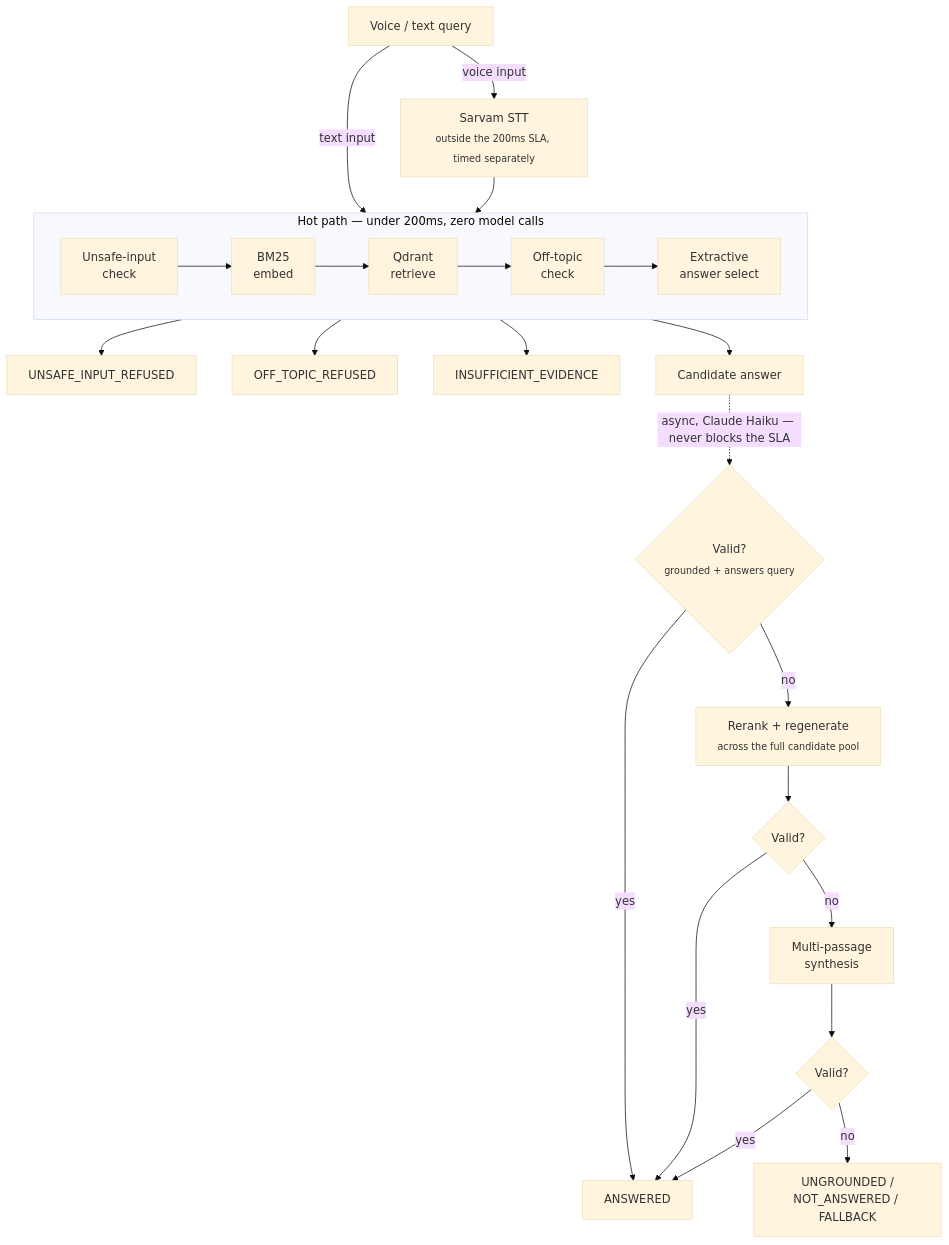
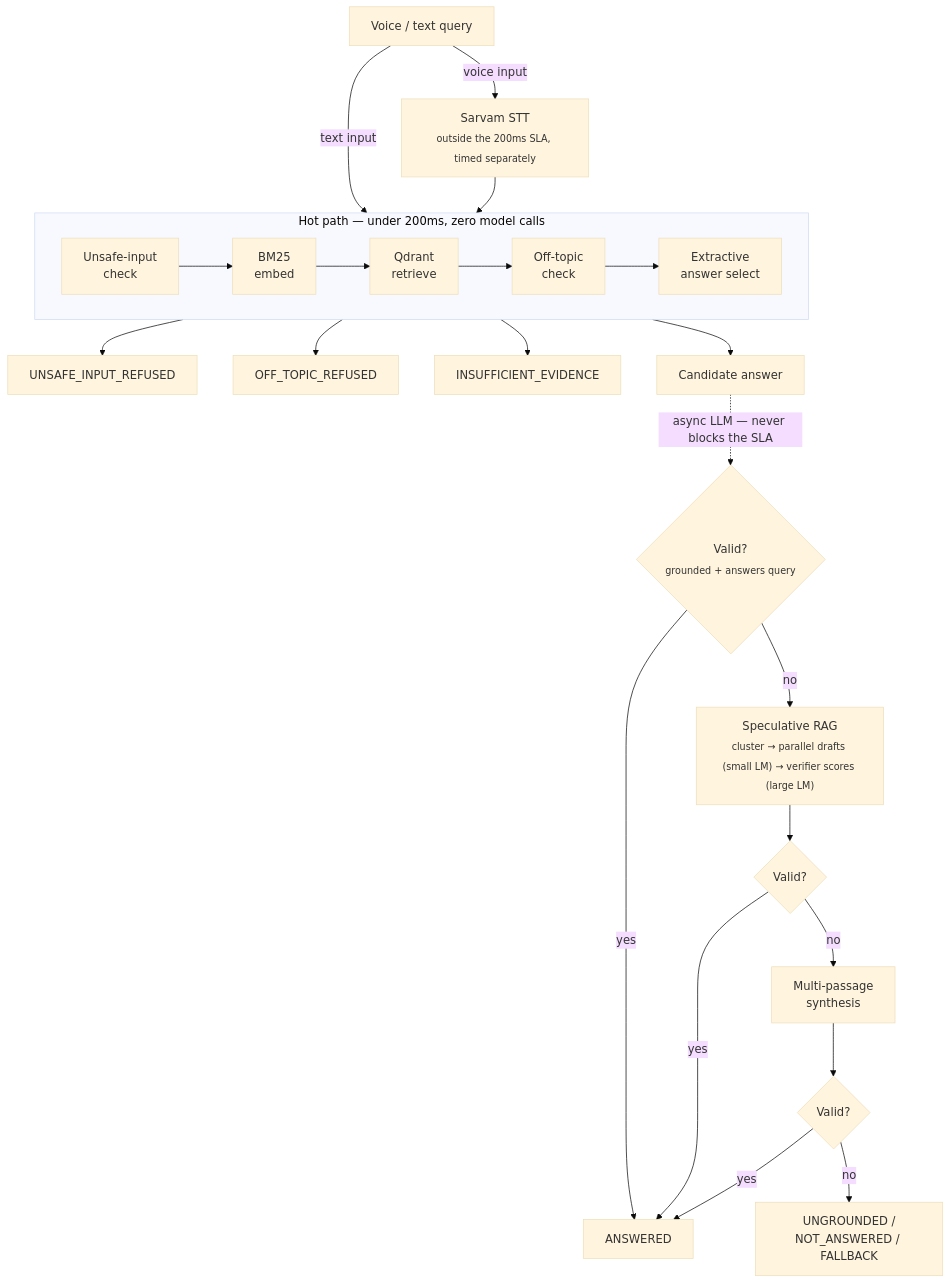
Before and after one commit to Adityaadpandey/Speculative-Rag-X1: the diagram in README.md, drawn with Mermaid (base theme). The commit also changed other lines of this file, not shown here.

First line of the commit message:
docs: describe the Speculative RAG recovery stage and OpenAI setup

````diff
--- a/README.md
+++ b/README.md
@@ -9,26 +9,26 @@
 ```mermaid
 flowchart TD
     Q["Voice / text query"] -- "voice input" --> STT["Sarvam STT<br/><sub>outside the 200ms SLA, timed separately</sub>"]
     Q -- "text input" --> HP
     STT --> HP
 
     subgraph HP["Hot path — under 200ms, zero model calls"]
         direction LR
         U["Unsafe-input<br/>check"] --> EMB["BM25<br/>embed"] --> RET["Qdrant<br/>retrieve"] --> OT["Off-topic<br/>check"] --> EX["Extractive<br/>answer select"]
     end
 
     HP --> R1["UNSAFE_INPUT_REFUSED"]
     HP --> R2["OFF_TOPIC_REFUSED"]
     HP --> R3["INSUFFICIENT_EVIDENCE"]
     HP --> CAND["Candidate answer"]
 
-    CAND -.->|"async, Claude Haiku — never blocks the SLA"| V{"Valid?<br/><sub>grounded + answers query</sub>"}
+    CAND -.->|"async LLM — never blocks the SLA"| V{"Valid?<br/><sub>grounded + answers query</sub>"}
     V -->|yes| OK["ANSWERED"]
-    V -->|no| RR["Rerank + regenerate<br/><sub>across the full candidate pool</sub>"]
+    V -->|no| RR["Speculative RAG<br/><sub>cluster → parallel drafts (small LM) → verifier scores (large LM)</sub>"]
     RR --> V2{"Valid?"}
     V2 -->|yes| OK
     V2 -->|no| SY["Multi-passage<br/>synthesis"]
     SY --> V3{"Valid?"}
     V3 -->|yes| OK
     V3 -->|no| FB["UNGROUNDED /<br/>NOT_ANSWERED / FALLBACK"]
 ```
````
